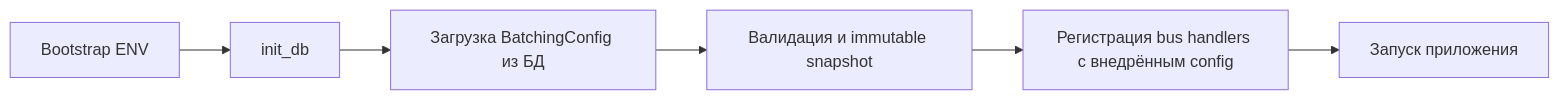
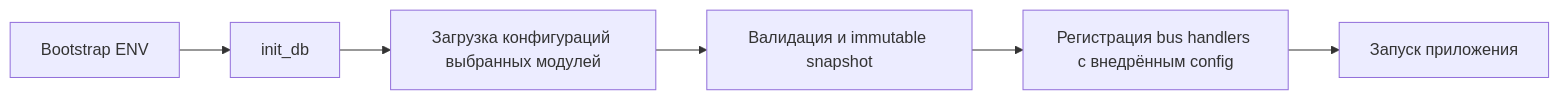
One commit to sietr0s/companion_bot changed the diagram in docs/adr/0004-module-configuration.md. Above: the diagram before and after it, drawn with Mermaid. The commit also changed other lines of this file and 165 other files, not shown here.

````diff
--- a/docs/adr/0004-module-configuration.md
+++ b/docs/adr/0004-module-configuration.md
@@ -27,8 +28,8 @@
 ```mermaid
 flowchart LR
     E[Bootstrap ENV] --> D[init_db]
-    D --> C[Загрузка BatchingConfig из БД]
+    D --> C[Загрузка конфигураций выбранных модулей]
     C --> V[Валидация и immutable snapshot]
     V --> H[Регистрация bus handlers с внедрённым config]
     H --> R[Запуск приложения]
 ```
````
